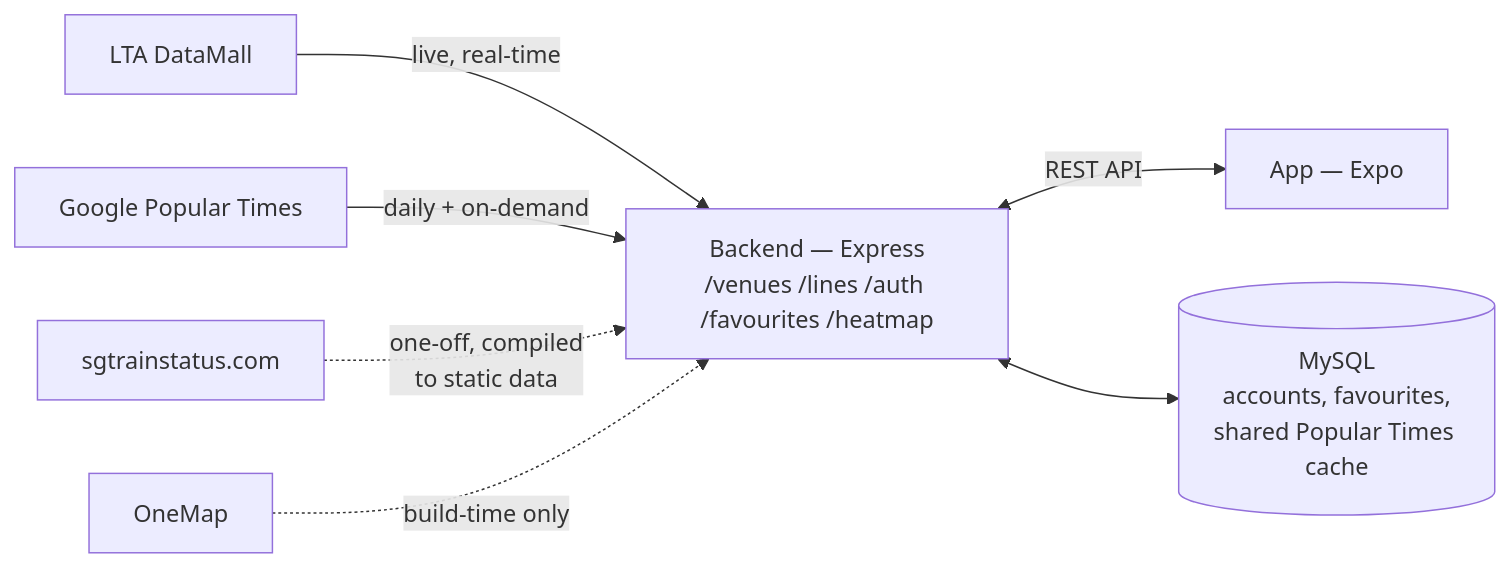
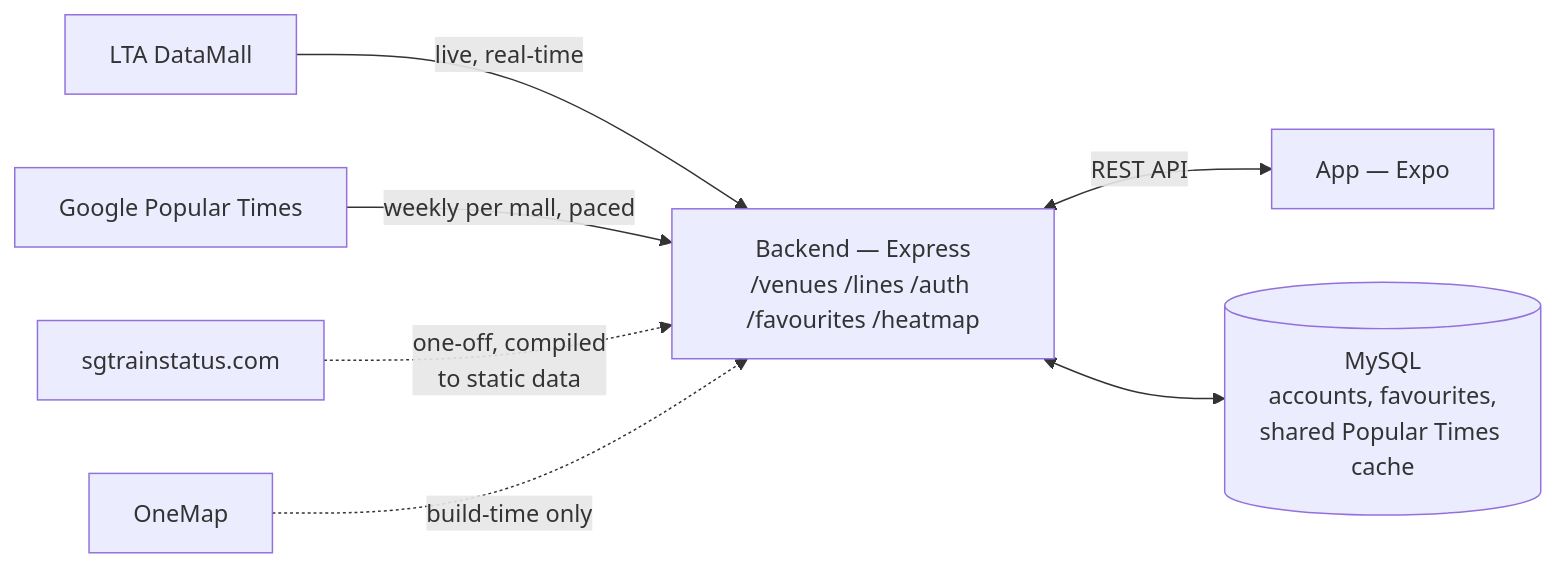
One commit to josephtlj/crowdy changed the diagram in README.md. Above: the diagram before and after it, drawn with Mermaid. The commit also changed other lines of this file and 7 other files, not shown here.

First line of the commit message:
Scrape Popular Times with a signed-in Google profile, paced weekly

````diff
--- a/README.md
+++ b/README.md
@@ -18,17 +18,17 @@
 ```mermaid
 flowchart LR
     LTA[LTA DataMall]
     GPT[Google Popular Times]
     SG[sgtrainstatus.com]
     OM[OneMap]
     BE["Backend — Express\n/venues /lines /auth /favourites /heatmap"]
     APP[App — Expo]
     DB[("MySQL\naccounts, favourites,\nshared Popular Times cache")]
 
     LTA -- "live, real-time" --> BE
-    GPT -- "daily + on-demand" --> BE
+    GPT -- "weekly per mall, paced" --> BE
     SG -. "one-off, compiled\nto static data" .-> BE
     OM -. "build-time only" .-> BE
     BE <-- "REST API" --> APP
     BE <--> DB
 ```
````
